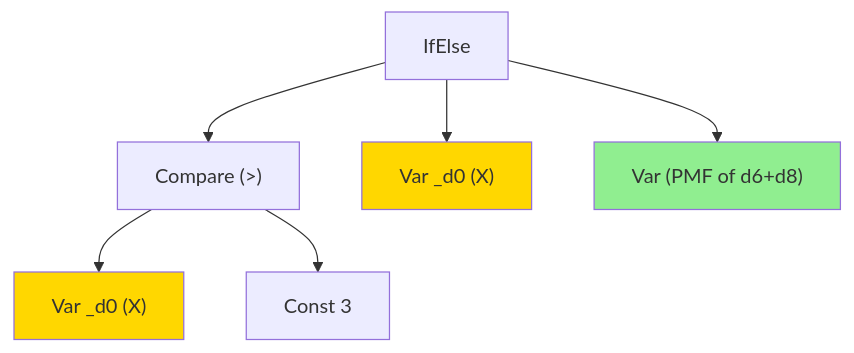
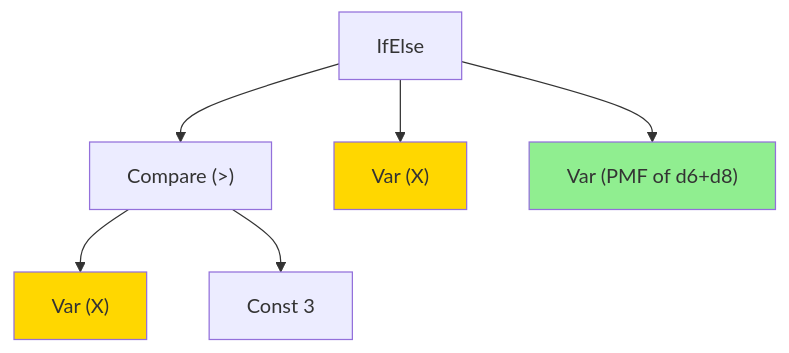
The fifth of 5 diagrams in README.md (BertilBraun/Dice-Probabilities), drawn with Mermaid before and after one commit. The commit also changed other lines of this file, not shown here.

````diff
--- a/README.md
+++ b/README.md
@@ -181,12 +180,12 @@
 ```mermaid
 graph TD
     IfElse --> cond["Compare (&gt;)"]
-    IfElse --> then_var["Var _d0  (X)"]
+    IfElse --> then_var["Var (X)"]
     IfElse --> v0["Var (PMF of d6+d8)"]
-    cond --> d0_cond["Var _d0  (X)"]
+    cond --> d0_cond["Var (X)"]
     cond --> c3["Const 3"]
 
     style then_var fill:#ffd700
     style d0_cond fill:#ffd700
     style v0 fill:#90ee90
 ```
````
